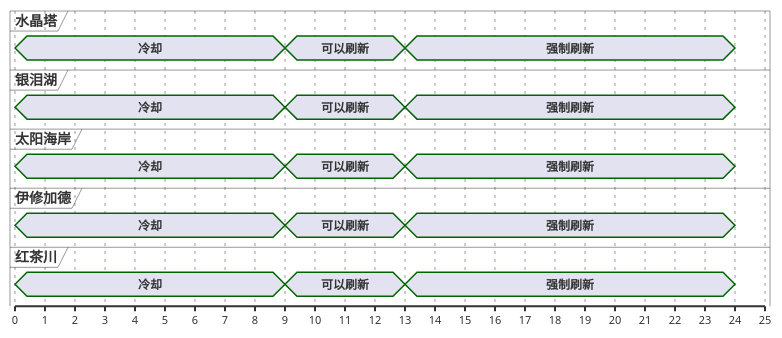
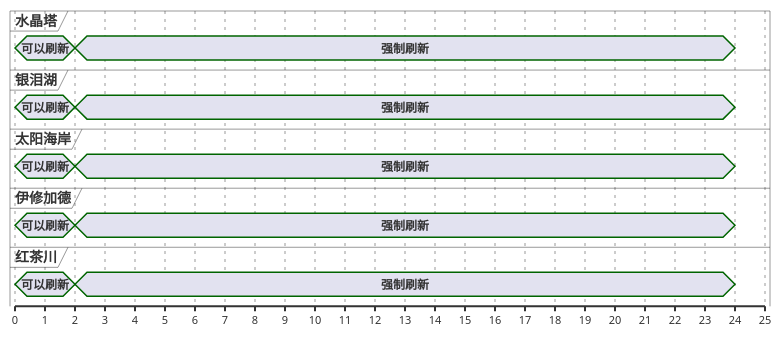
One commit to Eroleice/doc-pi changed the fourth of 13 diagrams in ffxiv/hunt/2.0/Minhocao.md. Above: the diagram before and after it, drawn with PlantUML. The commit also changed other lines of this file and 38 other files, not shown here.

````diff
--- a/ffxiv/hunt/2.0/Minhocao.md
+++ b/ffxiv/hunt/2.0/Minhocao.md
@@ -224,42 +197,37 @@
 ```plantuml
 @startuml
 scale 1 as 30 pixels
 
 concise 水晶塔
 concise 银泪湖
 concise 太阳海岸
 concise 伊修加德
 concise 红茶川
 
 @银泪湖
-0 is 冷却
-9 is 可以刷新
-13 is 强制刷新
+0 is 可以刷新
+2 is 强制刷新
 24 is {hidden}
 
 @红茶川
-0 is 冷却
-9 is 可以刷新
-13 is 强制刷新
+0 is 可以刷新
+2 is 强制刷新
 24 is {hidden}
 
 @伊修加德
-0 is 冷却
-9 is 可以刷新
-13 is 强制刷新
+0 is 可以刷新
+2 is 强制刷新
 24 is {hidden}
 
 @太阳海岸
-0 is 冷却
-9 is 可以刷新
-13 is 强制刷新
+0 is 可以刷新
+2 is 强制刷新
 24 is {hidden}
 
 @水晶塔
-0 is 冷却
-9 is 可以刷新
-13 is 强制刷新
+0 is 可以刷新
+2 is 强制刷新
 24 is {hidden}
 
 @enduml
 ```
````
